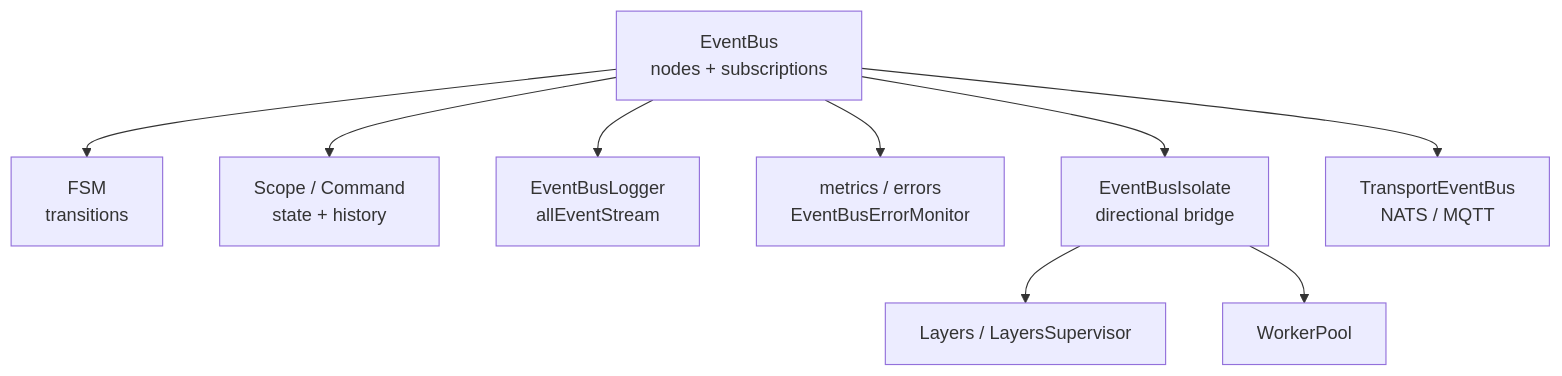
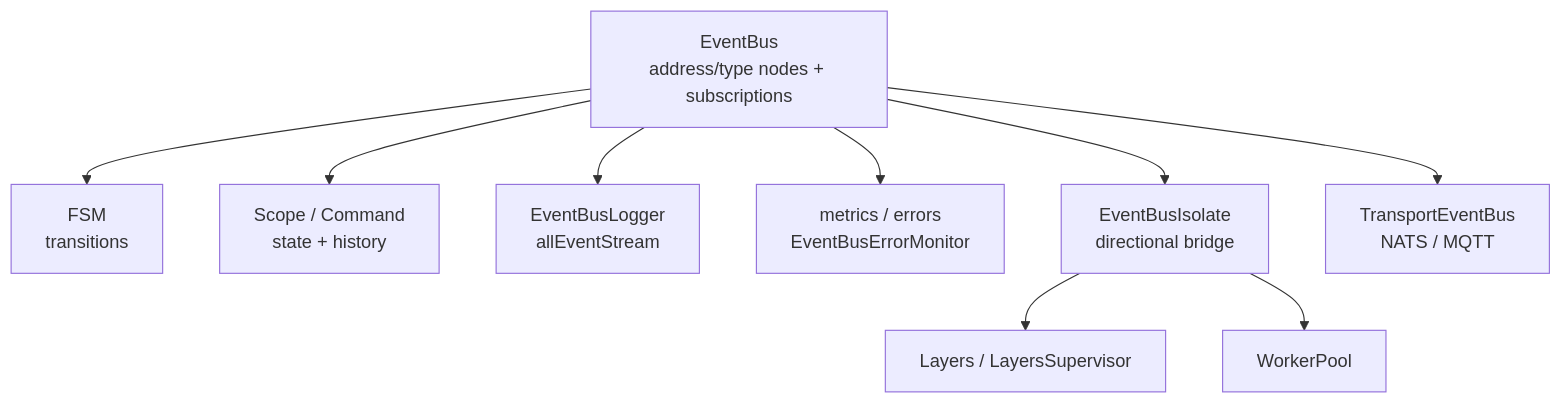
Before and after one commit to Avataromvatar/event_bus_arch: the fourth of 4 diagrams in doc/01-architecture.md, drawn with Mermaid. The commit also changed other lines of this file and 80 other files, not shown here.

````diff
--- a/doc/01-architecture.md
+++ b/doc/01-architecture.md
@@ -352,11 +382,11 @@
 ```mermaid
 flowchart TD
-    BUS["EventBus<br/>nodes + subscriptions"] --> FSM["FSM<br/>transitions"]
+    BUS["EventBus<br/>address/type nodes + subscriptions"] --> FSM["FSM<br/>transitions"]
     BUS --> SCOPE["Scope / Command<br/>state + history"]
     BUS --> LOG["EventBusLogger<br/>allEventStream"]
     BUS --> OBS["metrics / errors<br/>EventBusErrorMonitor"]
     BUS --> ISO["EventBusIsolate<br/>directional bridge"]
     ISO --> LAYERS["Layers / LayersSupervisor"]
     ISO --> POOL["WorkerPool"]
     BUS --> TRANSPORT["TransportEventBus<br/>NATS / MQTT"]
 ```
````
